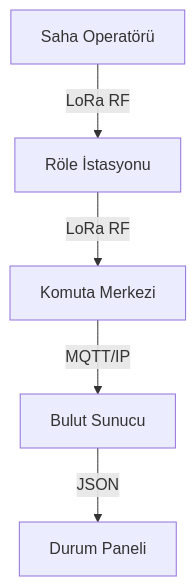
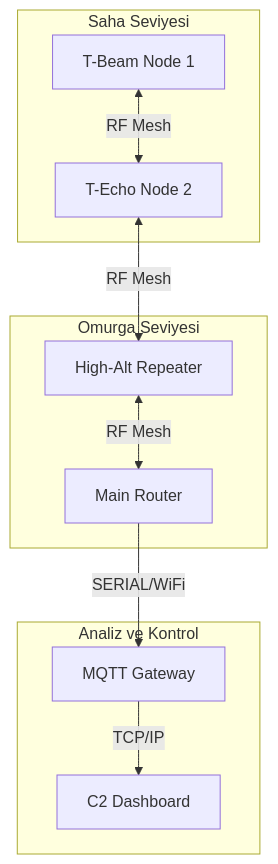
One commit to bahattinyunus/Meshtastic changed the diagram in docs/TOPOLOGY.md. Above: the diagram before and after it, drawn with Mermaid. The commit also changed other lines of this file and 9 other files, not shown here.

````diff
--- a/docs/TOPOLOGY.md
+++ b/docs/TOPOLOGY.md
@@ -27,7 +57,16 @@
 ```mermaid
 graph TD
-    Op[Saha Operatörü] -->|LoRa RF| Relay[Röle İstasyonu]
-    Relay -->|LoRa RF| C2[Komuta Merkezi]
-    C2 -->|MQTT/IP| Cloud[Bulut Sunucu]
-    Cloud -->|JSON| Dashboard[Durum Paneli]
+    subgraph "Saha Seviyesi"
+        U1[T-Beam Node 1] <-->|RF Mesh| U2[T-Echo Node 2]
+    end
+    
+    subgraph "Omurga Seviyesi"
+        U2 <-->|RF Mesh| R1[High-Alt Repeater]
+        R1 <-->|RF Mesh| R2[Main Router]
+    end
+    
+    subgraph "Analiz ve Kontrol"
+        R2 -->|SERIAL/WiFi| G1[MQTT Gateway]
+        G1 -->|TCP/IP| S1[C2 Dashboard]
+    end
 ```
````
